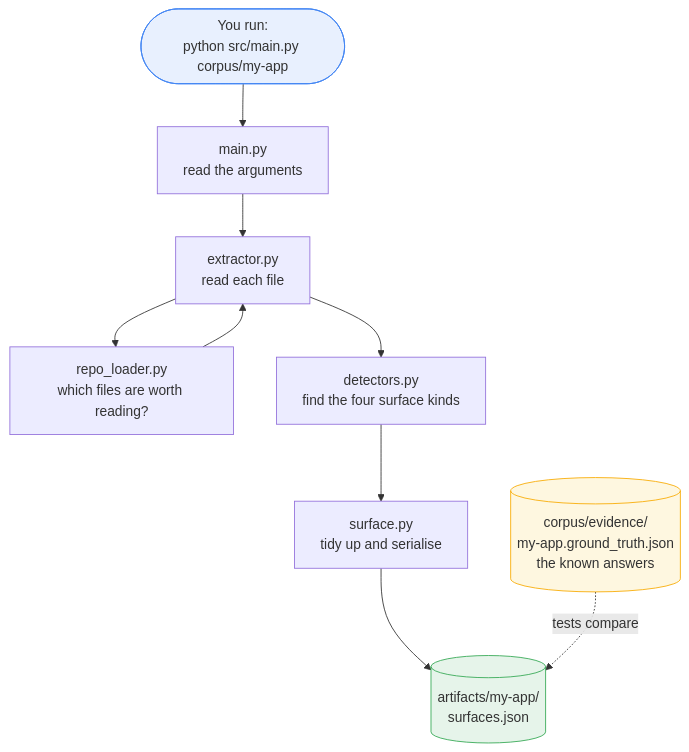
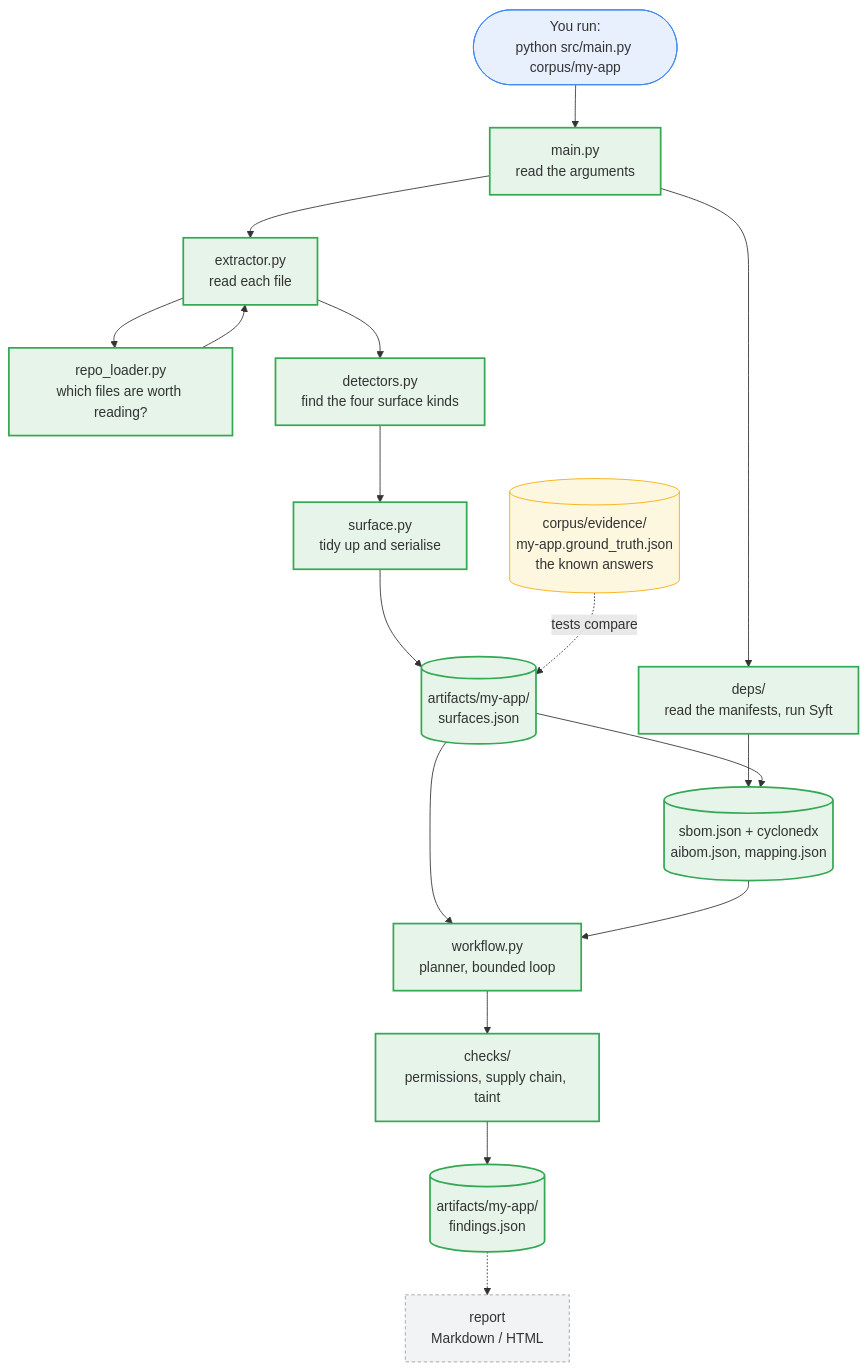
One commit to heinthtnaung/AgenticLLMAppAuditor changed the first of 5 diagrams in docs/FLOW.md. Above: the diagram before and after it, drawn with Mermaid. The commit also changed other lines of this file and 33 other files, not shown here.

First line of the commit message:
Report findings, with the evidence that produced each one

````diff
--- a/docs/FLOW.md
+++ b/docs/FLOW.md
@@ -14,16 +17,29 @@
 ```mermaid
 flowchart TD
     U([You run:<br/>python src/main.py corpus/my-app]) --> M[main.py<br/>read the arguments]
     M --> X[extractor.py<br/>read each file]
     X --> L[repo_loader.py<br/>which files are worth reading?]
     L --> X
     X --> D[detectors.py<br/>find the four surface kinds]
     D --> S[surface.py<br/>tidy up and serialise]
     S --> A[(artifacts/my-app/<br/>surfaces.json)]
 
+    M --> DEP[deps/<br/>read the manifests, run Syft]
+    DEP --> B[(sbom.json + cyclonedx<br/>aibom.json, mapping.json)]
+    A --> B
+
+    A --> W[workflow.py<br/>planner, bounded loop]
+    B --> W
+    W --> CK[checks/<br/>permissions, supply chain, taint]
+    CK --> F[(artifacts/my-app/<br/>findings.json)]
+    F -.-> REP[report<br/>Markdown / HTML]
+
     GT[(corpus/evidence/<br/>my-app.ground_truth.json<br/>the known answers)] -.->|tests compare| A
 
+    classDef built fill:#e6f4ea,stroke:#34a853,stroke-width:2px
+    classDef planned fill:#f1f3f4,stroke:#9aa0a6,stroke-dasharray:4 3
+    class M,X,L,D,S,A,DEP,B,W,CK,F built
+    class REP planned
     style U fill:#e8f0fe,stroke:#4285f4
-    style A fill:#e6f4ea,stroke:#34a853
     style GT fill:#fef7e0,stroke:#f9ab00
 ```
````
